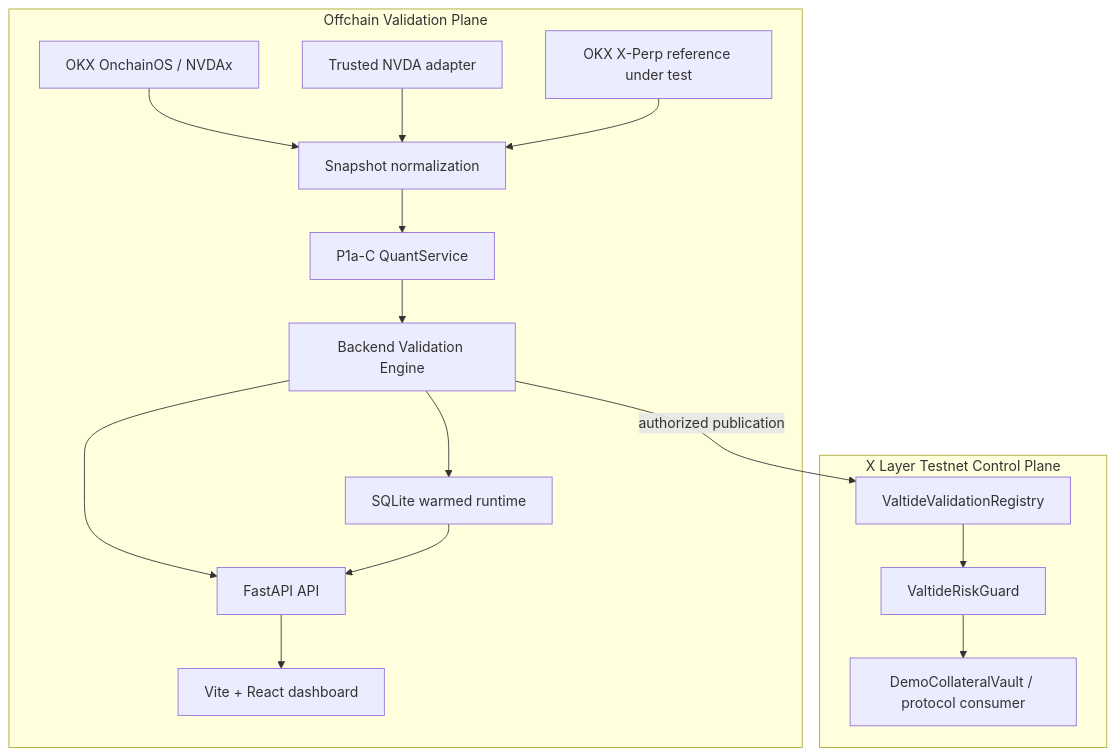
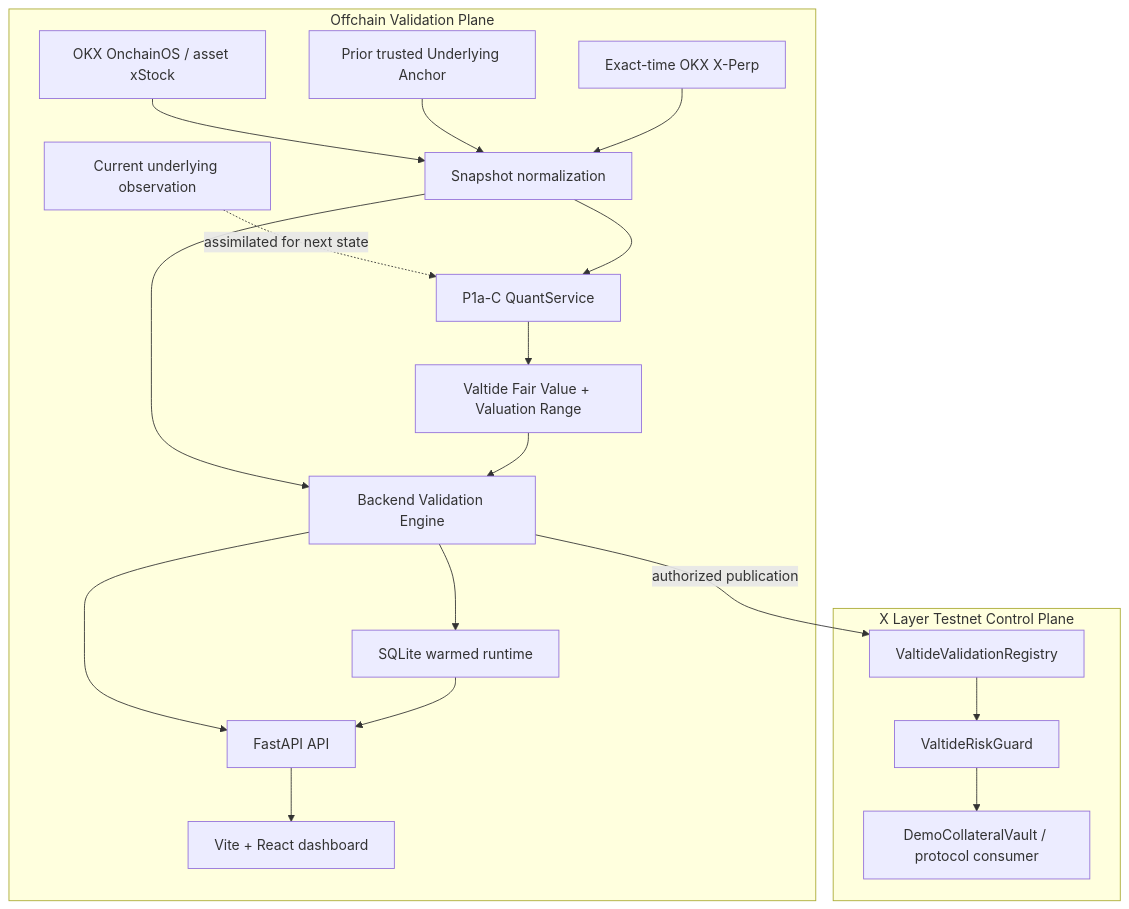
One commit to chin0312/valtide changed the diagram in docs/ARCHITECTURE.md. Above: the diagram before and after it, drawn with Mermaid. The commit also changed other lines of this file and 22 other files, not shown here.

````diff
--- a/docs/ARCHITECTURE.md
+++ b/docs/ARCHITECTURE.md
@@ -45,34 +37,39 @@
 ```mermaid
 flowchart TB
     subgraph OFFCHAIN["Offchain Validation Plane"]
-        OKX[OKX OnchainOS / NVDAx]
-        UNDERLYING[Trusted NVDA adapter]
-        REF[OKX X-Perp reference under test]
+        XSTOCK[OKX OnchainOS / asset xStock]
+        UNDERLYING[Prior trusted Underlying Anchor]
+        CURRENT_U[Current underlying observation]
+        XPERP[Exact-time OKX X-Perp]
         NORMALIZE[Snapshot normalization]
         QUANT[P1a-C QuantService]
+        FAIR[Valtide Fair Value + Valuation Range]
         VALIDATE[Backend Validation Engine]
         STORE[SQLite warmed runtime]
         API[FastAPI API]
         WEB[Vite + React dashboard]
 
-        OKX --> NORMALIZE
+        XSTOCK --> NORMALIZE
         UNDERLYING --> NORMALIZE
-        REF --> NORMALIZE
+        XPERP --> NORMALIZE
+        CURRENT_U -. assimilated for next state .-> QUANT
         NORMALIZE --> QUANT
-        QUANT --> VALIDATE
+        NORMALIZE --> VALIDATE
+        QUANT --> FAIR
+        FAIR --> VALIDATE
         VALIDATE --> STORE
         VALIDATE --> API
         STORE --> API
         API --> WEB
     end
 
     subgraph XLAYER["X Layer Testnet Control Plane"]
         REGISTRY[ValtideValidationRegistry]
         GUARD[ValtideRiskGuard]
         CONSUMER[DemoCollateralVault / protocol consumer]
         REGISTRY --> GUARD
         GUARD --> CONSUMER
     end
 
     VALIDATE -->|authorized publication| REGISTRY
 ```
````
